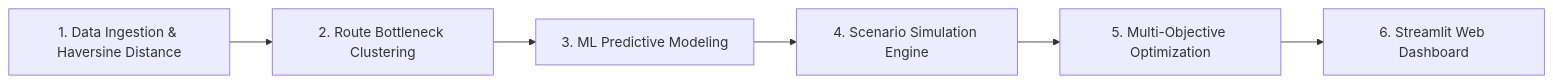
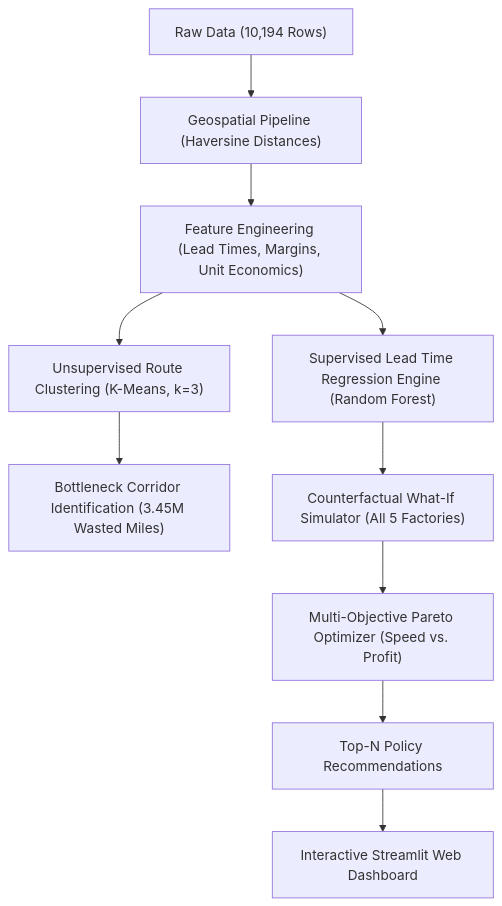
One commit to Biraj2004/UM-Project changed the diagram in README.md. Above: the diagram before and after it, drawn with Mermaid. The commit also changed other lines of this file and 23 other files, not shown here.

Commit message:
feat: complete machine learning pipeline, optimization engine, streamlit app, and formal project report

````diff
--- a/README.md
+++ b/README.md
@@ -51,8 +90,12 @@
 ```mermaid
-flowchart LR
-    A["1. Data Ingestion & Haversine Distance"] --> B["2. Route Bottleneck Clustering"]
-    B --> C["3. ML Predictive Modeling"]
-    C --> D["4. Scenario Simulation Engine"]
-    D --> E["5. Multi-Objective Optimization"]
-    E --> F["6. Streamlit Web Dashboard"]
+flowchart TD
+    A["Raw Data (10,194 Rows)"] --> B["Geospatial Pipeline (Haversine Distances)"]
+    B --> C["Feature Engineering (Lead Times, Margins, Unit Economics)"]
+    C --> D["Unsupervised Route Clustering (K-Means, k=3)"]
+    C --> E["Supervised Lead Time Regression Engine (Random Forest)"]
+    D --> F["Bottleneck Corridor Identification (3.45M Wasted Miles)"]
+    E --> G["Counterfactual What-If Simulator (All 5 Factories)"]
+    G --> H["Multi-Objective Pareto Optimizer (Speed vs. Profit)"]
+    H --> I["Top-N Policy Recommendations"]
+    I --> J["Interactive Streamlit Web Dashboard"]
 ```
````
